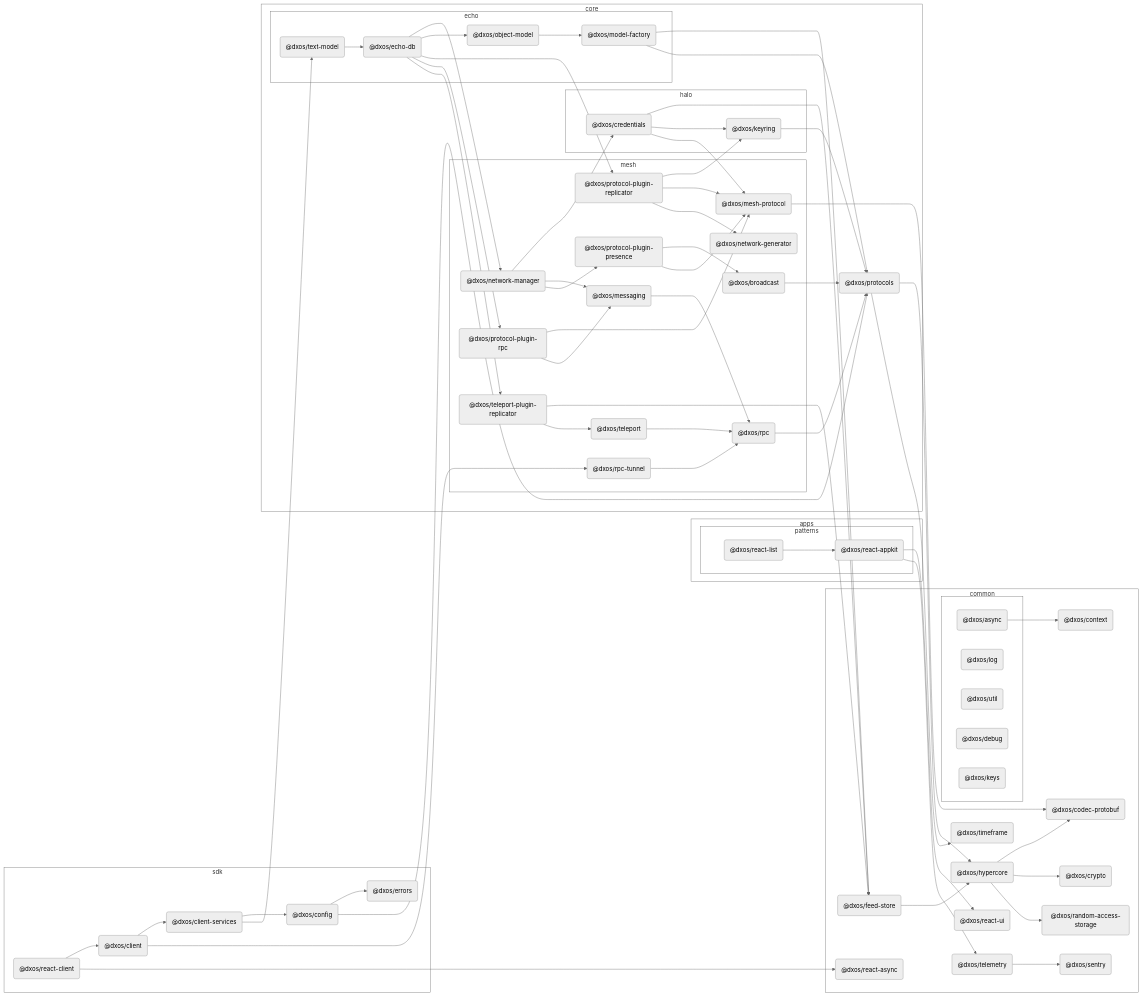
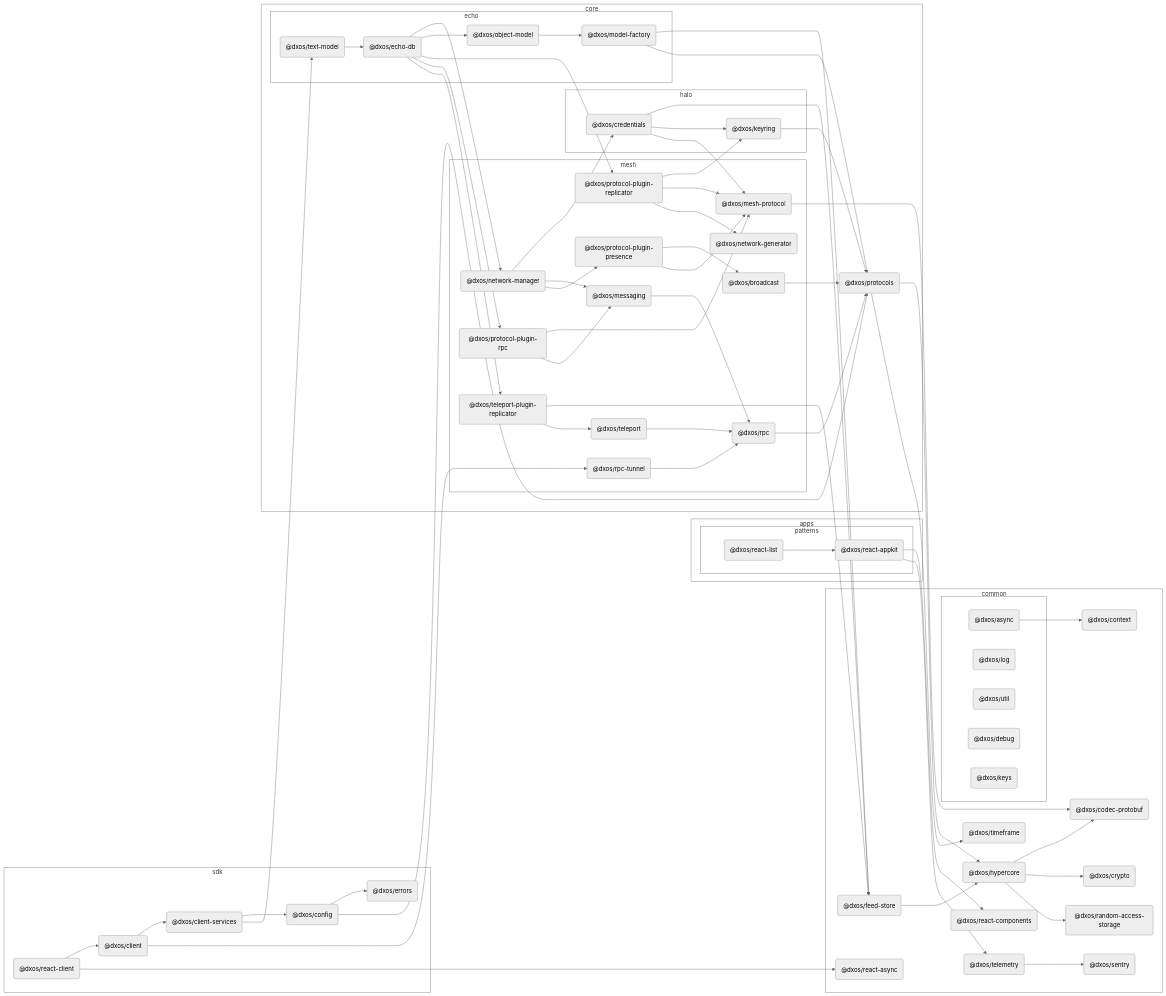
One commit to dxos/dxos changed the diagram in packages/apps/patterns/react-list/docs/README.md. Above: the diagram before and after it, drawn with Mermaid (neutral theme). The commit also changed 123 other files, not shown here.

Commit message:
Rename react-ui to react-components.

````diff
--- a/packages/apps/patterns/react-list/docs/README.md
+++ b/packages/apps/patterns/react-list/docs/README.md
@@ -59,8 +59,8 @@
   click dxos/feed-store "dxos/dxos/tree/main/packages/common/feed-store/docs"
   dxos/react-async("@dxos/react-async"):::def
   click dxos/react-async "dxos/dxos/tree/main/packages/common/react-async/docs"
-  dxos/react-ui("@dxos/react-ui"):::def
-  click dxos/react-ui "dxos/dxos/tree/main/packages/common/react-ui/docs"
+  dxos/react-components("@dxos/react-components"):::def
+  click dxos/react-components "dxos/dxos/tree/main/packages/common/react-ui/docs"
   dxos/sentry("@dxos/sentry"):::def
   click dxos/sentry "dxos/dxos/tree/main/packages/common/sentry/docs"
   dxos/telemetry("@dxos/telemetry"):::def
@@ -183,7 +183,7 @@
 dxos/react-list --> dxos/react-appkit
 dxos/react-client --> dxos/client
 dxos/react-client --> dxos/react-async
-dxos/react-appkit --> dxos/react-ui
+dxos/react-appkit --> dxos/react-components
 dxos/react-appkit --> dxos/telemetry
 dxos/telemetry --> dxos/sentry
 ```
````
